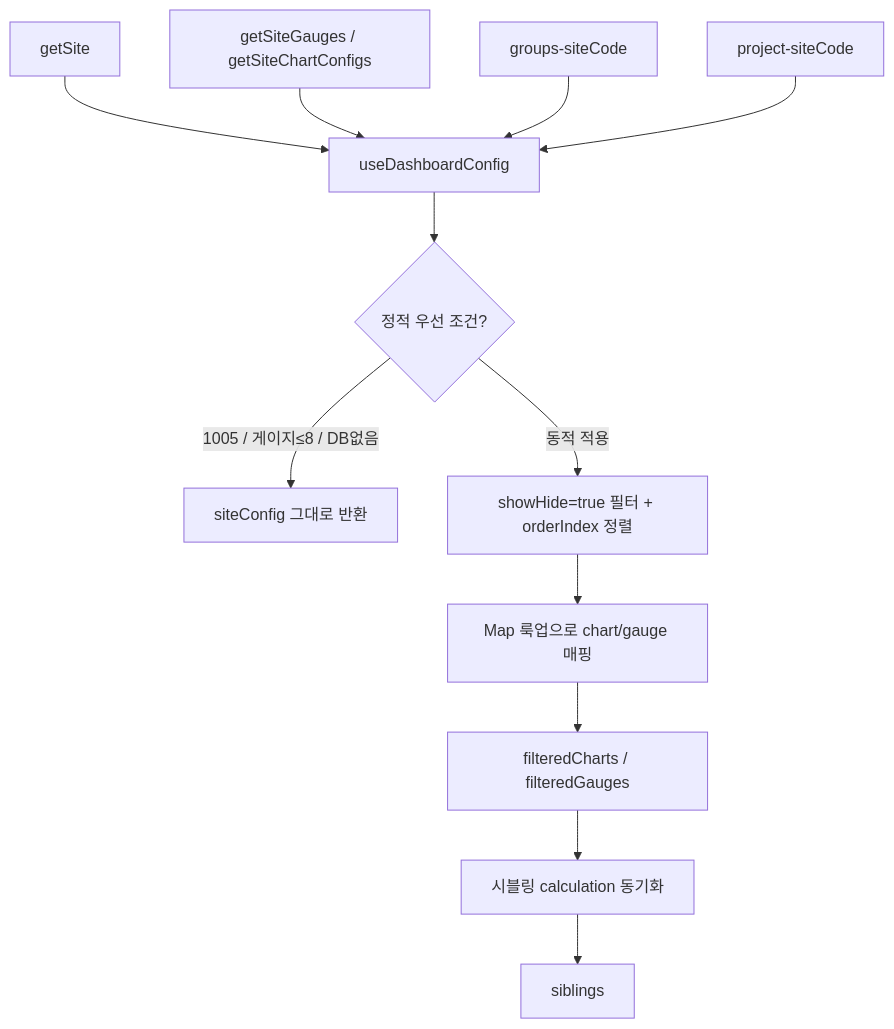
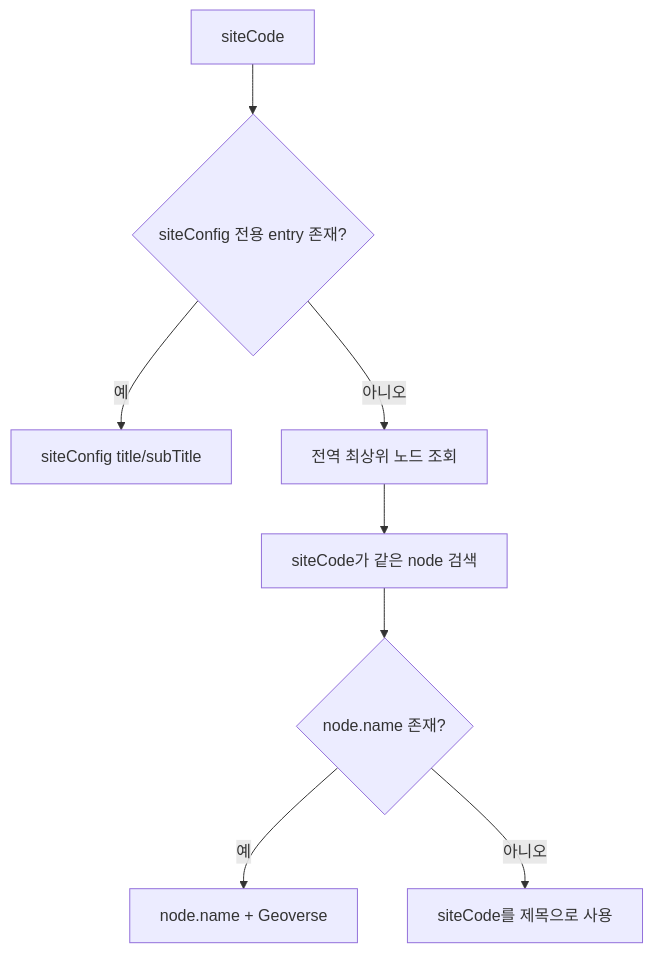
One commit to inbm-company/geoverse-- changed the third of 3 diagrams in client/02-사이트-설정과-대시보드-구성.md. Above: the diagram before and after it, drawn with Mermaid. The commit also changed other lines of this file and 8 other files, not shown here.

````diff
--- a/client/02-사이트-설정과-대시보드-구성.md
+++ b/client/02-사이트-설정과-대시보드-구성.md
@@ -22,14 +109,10 @@
 ```mermaid
 flowchart TD
-  A[getSite] --> B[useDashboardConfig]
-  C[getSiteGauges / getSiteChartConfigs] --> B
-  D[groups-siteCode] --> B
-  E[project-siteCode] --> B
-  B --> F{정적 우선 조건?}
-  F -->|1005 / 게이지≤8 / DB없음| G[siteConfig 그대로 반환]
-  F -->|동적 적용| H[showHide=true 필터 + orderIndex 정렬]
-  H --> I[Map 룩업으로 chart/gauge 매핑]
-  I --> J[filteredCharts / filteredGauges]
-  J --> K[시블링 calculation 동기화]
-  K --> L[siblings]
+  A[siteCode] --> B{"siteConfig 전용 entry 존재?"}
+  B -->|예| C[siteConfig title/subTitle]
+  B -->|아니오| D[전역 최상위 노드 조회]
+  D --> E[siteCode가 같은 node 검색]
+  E --> F{"node.name 존재?"}
+  F -->|예| G[node.name + Geoverse]
+  F -->|아니오| H[siteCode를 제목으로 사용]
 ```
````
